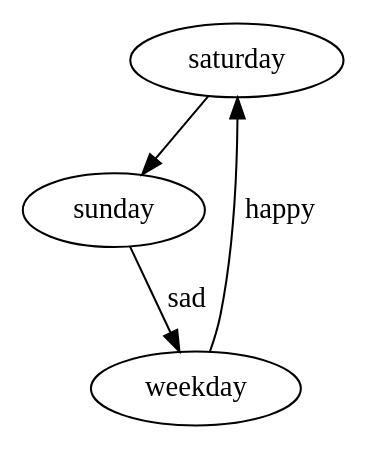
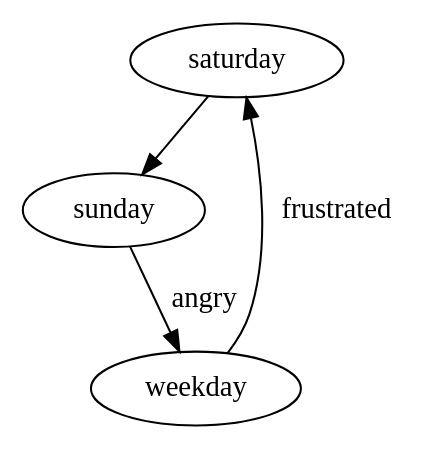
One commit to FrustratedGameDev/txts changed the diagram in dot/dot1.dot. Above: the diagram before and after it, drawn with Graphviz.

Commit message:
Modify dot diagram

```diff
--- a/dot/dot1.dot
+++ b/dot/dot1.dot
@@ -1,6 +1,6 @@
 digraph {
   saturday -> sunday 
-  sunday  -> weekday [label="sad"];
-  weekday -> saturday [label="happy"];
+  sunday  -> weekday [label="angry"];
+  weekday -> saturday [label="frustrated"];
   
 }
```
